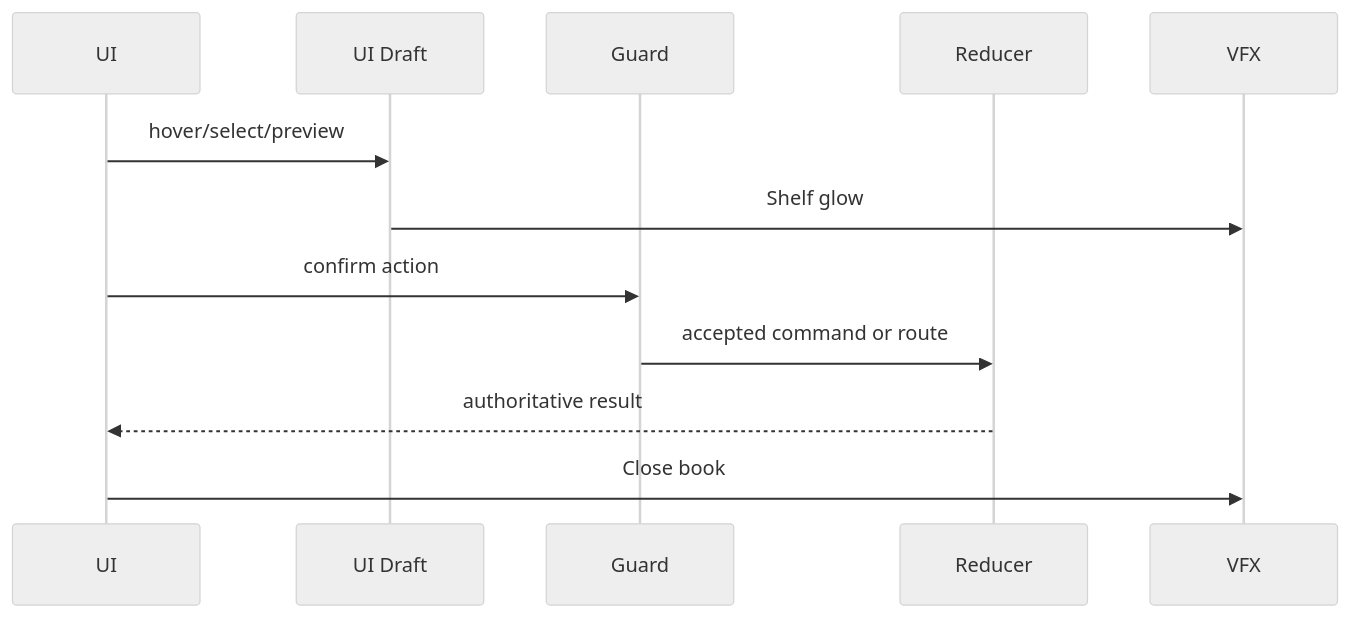
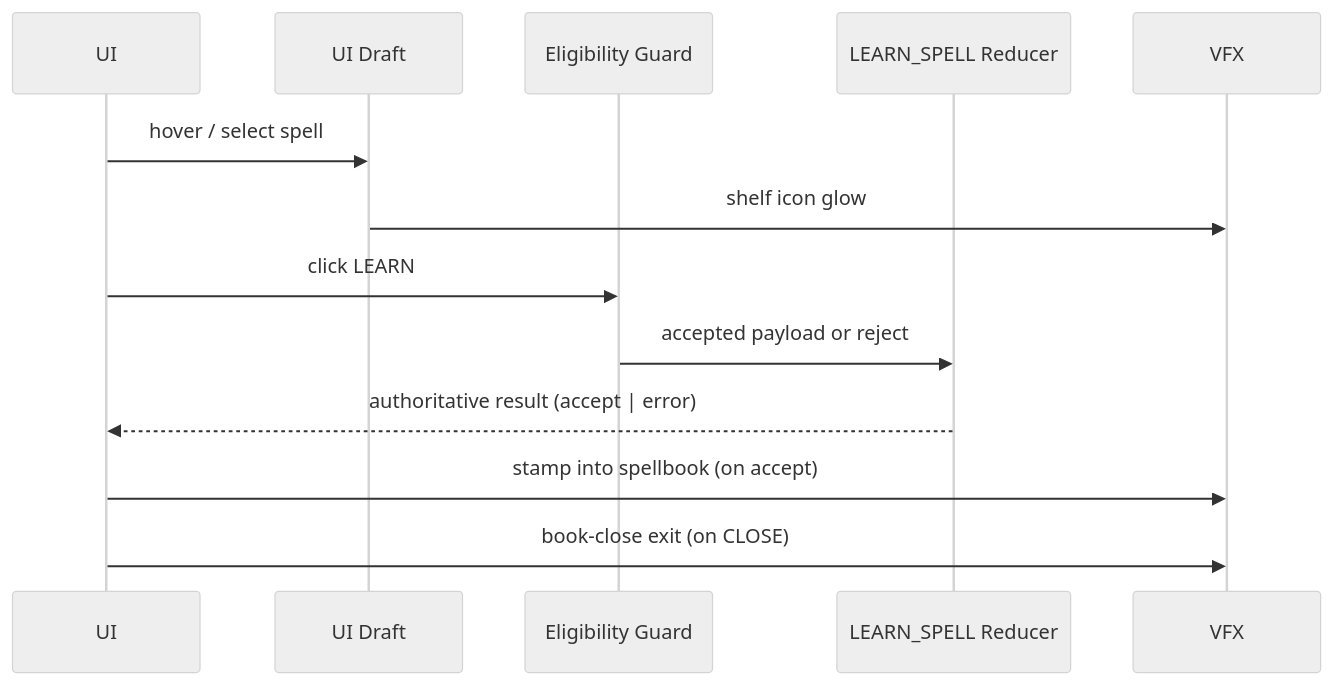
One commit to SunaNoOshiro/Heroes_Reforged_AI_Realms changed the fourth of 5 diagrams in docs/architecture/wiki/screens/29-mage-guild/architecture.md. Above: the diagram before and after it, drawn with Mermaid (neutral theme). The commit also changed other lines of this file and 518 other files, not shown here.

First line of the commit message:
Add doc-audit skill and sweep architecture/screen docs

````diff
--- a/docs/architecture/wiki/screens/29-mage-guild/architecture.md
+++ b/docs/architecture/wiki/screens/29-mage-guild/architecture.md
@@ -52,14 +55,15 @@
 ```mermaid
 sequenceDiagram
   participant UI
   participant Draft as UI Draft
-  participant Guard
-  participant Reducer
+  participant Guard as Eligibility Guard
+  participant Reducer as LEARN_SPELL Reducer
   participant VFX
-  UI->>Draft: hover/select/preview
-  Draft->>VFX: Shelf glow
-  UI->>Guard: confirm action
-  Guard->>Reducer: accepted command or route
-  Reducer-->>UI: authoritative result
-  UI->>VFX: Close book
+  UI->>Draft: hover / select spell
+  Draft->>VFX: shelf icon glow
+  UI->>Guard: click LEARN
+  Guard->>Reducer: accepted payload or reject
+  Reducer-->>UI: authoritative result (accept | error)
+  UI->>VFX: stamp into spellbook (on accept)
+  UI->>VFX: book-close exit (on CLOSE)
 ```
````
